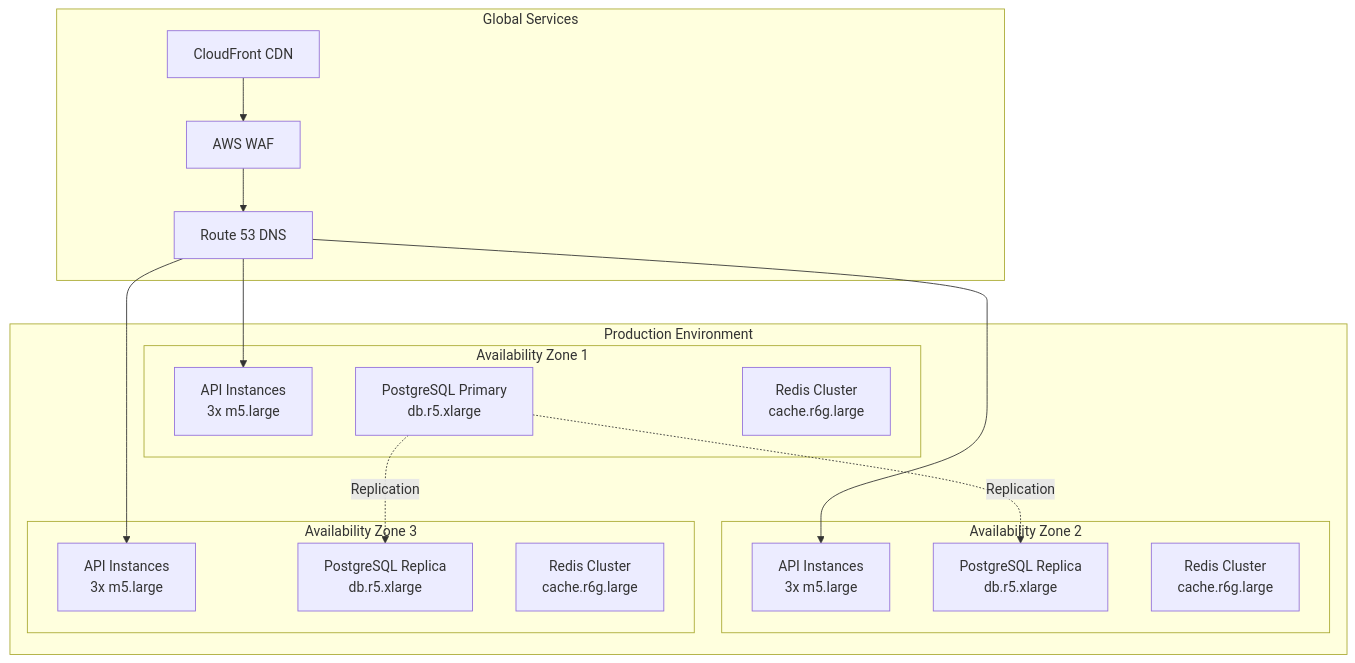
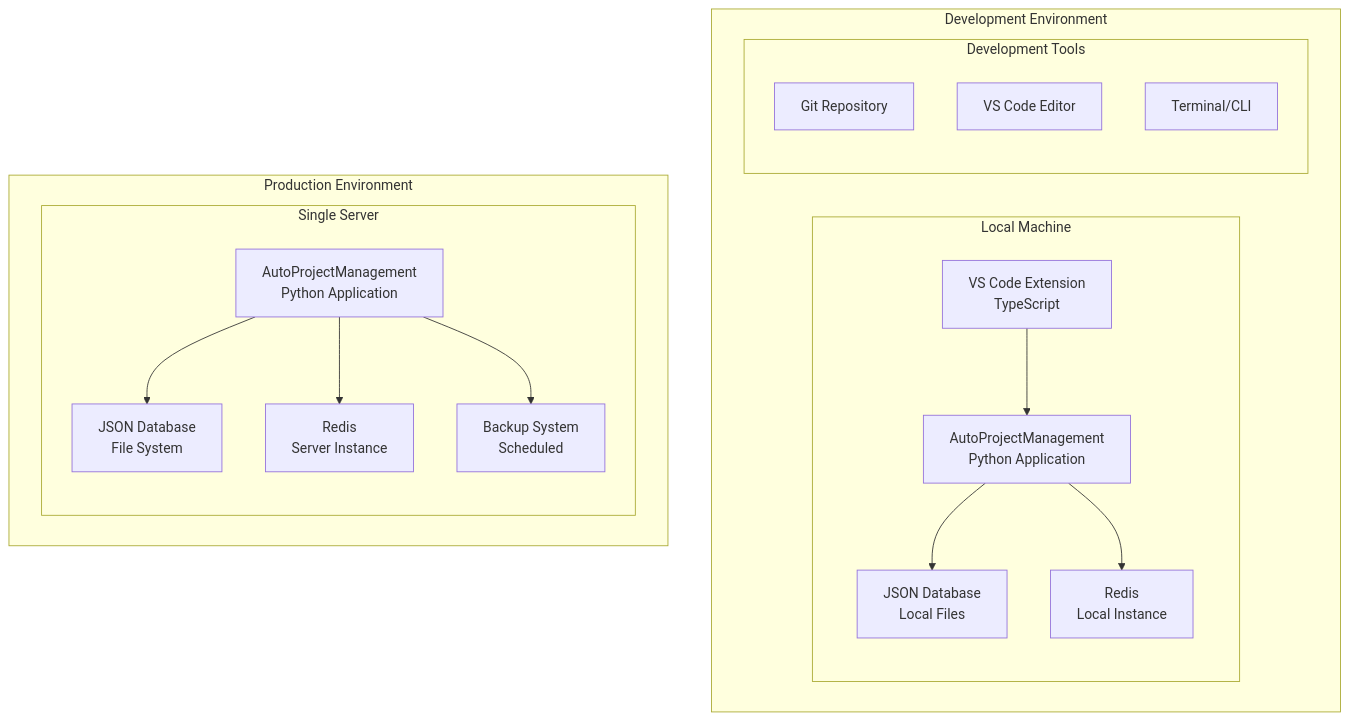
One commit to Shakour-Data/AutoProjectManagement changed the third of 18 diagrams in Docs/Software_Engineering/Software_Architecture_Document.md. Above: the diagram before and after it, drawn with Mermaid. The commit also changed other lines of this file, not shown here.

````diff
--- a/Docs/Software_Engineering/Software_Architecture_Document.md
+++ b/Docs/Software_Engineering/Software_Architecture_Document.md
@@ -200,37 +175,34 @@
 ```mermaid
 graph TB
-    subgraph "Production Environment"
-        subgraph "Availability Zone 1"
-            AZ1_API[API Instances<br/>3x m5.large]
-            AZ1_DB[PostgreSQL Primary<br/>db.r5.xlarge]
-            AZ1_Cache[Redis Cluster<br/>cache.r6g.large]
+    subgraph "Development Environment"
+        subgraph "Local Machine"
+            LocalApp[AutoProjectManagement<br/>Python Application]
+            LocalDB[JSON Database<br/>Local Files]
+            LocalCache[Redis<br/>Local Instance]
+            LocalVSCode[VS Code Extension<br/>TypeScript]
         end
         
-        subgraph "Availability Zone 2"
-            AZ2_API[API Instances<br/>3x m5.large]
-            AZ2_DB[PostgreSQL Replica<br/>db.r5.xlarge]
-            AZ2_Cache[Redis Cluster<br/>cache.r6g.large]
-        end
-        
-        subgraph "Availability Zone 3"
-            AZ3_API[API Instances<br/>3x m5.large]
-            AZ3_DB[PostgreSQL Replica<br/>db.r5.xlarge]
-            AZ3_Cache[Redis Cluster<br/>cache.r6g.large]
+        subgraph "Development Tools"
+            Git[Git Repository]
+            VSCode[VS Code Editor]
+            Terminal[Terminal/CLI]
         end
     end
     
-    subgraph "Global Services"
-        CDN[CloudFront CDN]
-        WAF[AWS WAF]
-        Route53[Route 53 DNS]
+    subgraph "Production Environment"
+        subgraph "Single Server"
+            ProdApp[AutoProjectManagement<br/>Python Application]
+            ProdDB[JSON Database<br/>File System]
+            ProdCache[Redis<br/>Server Instance]
+            ProdBackups[Backup System<br/>Scheduled]
+        end
     end
     
-    CDN --> WAF
-    WAF --> Route53
-    Route53 --> AZ1_API
-    Route53 --> AZ2_API
-    Route53 --> AZ3_API
+    LocalApp --> LocalDB
+    LocalApp --> LocalCache
+    LocalVSCode --> LocalApp
     
-    AZ1_DB -.->|Replication| AZ2_DB
-    AZ1_DB -.->|Replication| AZ3_DB
+    ProdApp --> ProdDB
+    ProdApp --> ProdCache
+    ProdApp --> ProdBackups
 ```
````
